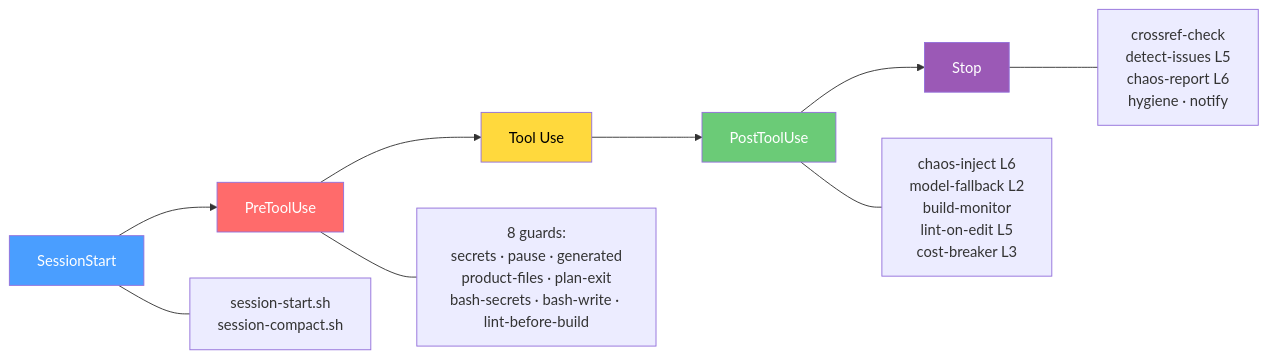
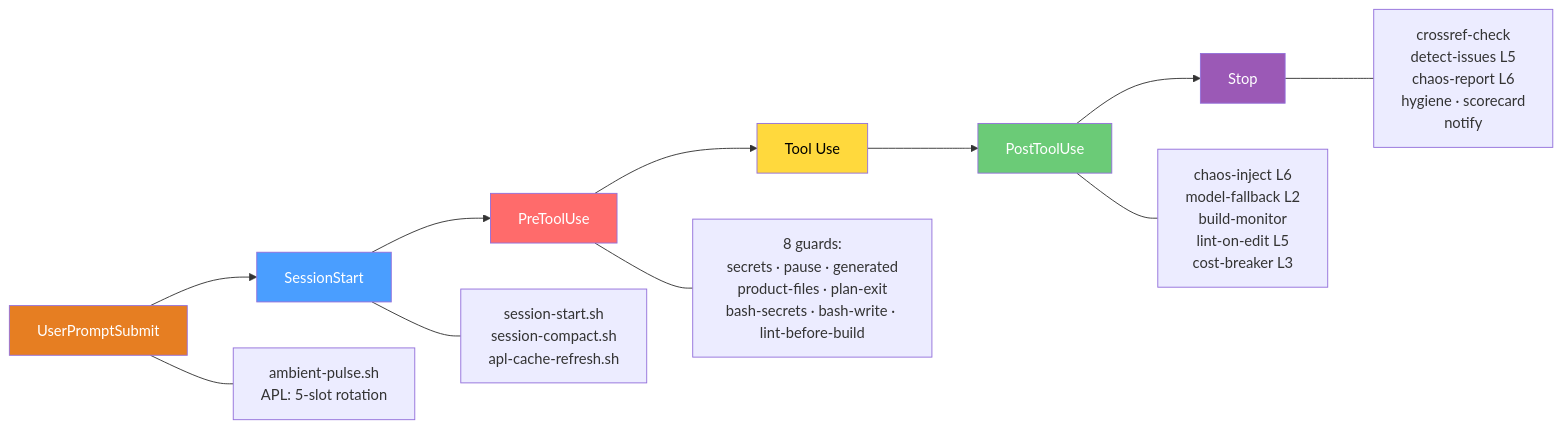
Before and after one commit to lucasmiachon-blip/OLMO: the second of 5 diagrams in docs/ARCHITECTURE.md, drawn with Mermaid. The commit also changed other lines of this file and 9 other files, not shown here.

First line of the commit message:
S94: APL — Ambient Productivity Layer (3 hooks, 22→25 total)

````diff
--- a/docs/ARCHITECTURE.md
+++ b/docs/ARCHITECTURE.md
@@ -51,15 +51,17 @@
 ```mermaid
 graph LR
-    SS[SessionStart] --> PT[PreToolUse] --> TU[Tool Use] --> PO[PostToolUse] --> S[Stop]
+    UPS[UserPromptSubmit] --> SS[SessionStart] --> PT[PreToolUse] --> TU[Tool Use] --> PO[PostToolUse] --> S[Stop]
 
-    SS --- ss1[session-start.sh<br>session-compact.sh]
+    UPS --- ups1[ambient-pulse.sh<br>APL: 5-slot rotation]
+    SS --- ss1[session-start.sh<br>session-compact.sh<br>apl-cache-refresh.sh]
     PT --- pt1[8 guards:<br>secrets · pause · generated<br>product-files · plan-exit<br>bash-secrets · bash-write · lint-before-build]
     PO --- po1[chaos-inject L6<br>model-fallback L2<br>build-monitor<br>lint-on-edit L5<br>cost-breaker L3]
-    S --- s1[crossref-check<br>detect-issues L5<br>chaos-report L6<br>hygiene · notify]
+    S --- s1[crossref-check<br>detect-issues L5<br>chaos-report L6<br>hygiene · scorecard<br>notify]
 
+    style UPS fill:#e67e22,color:#fff
     style SS fill:#4a9eff,color:#fff
     style PT fill:#ff6b6b,color:#fff
     style TU fill:#ffd93d,color:#000
     style PO fill:#6bcb77,color:#fff
     style S fill:#9b59b6,color:#fff
 ```
````
